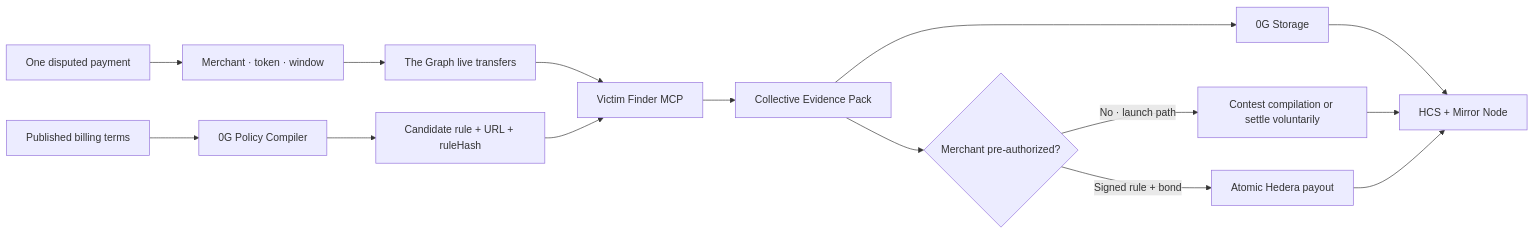
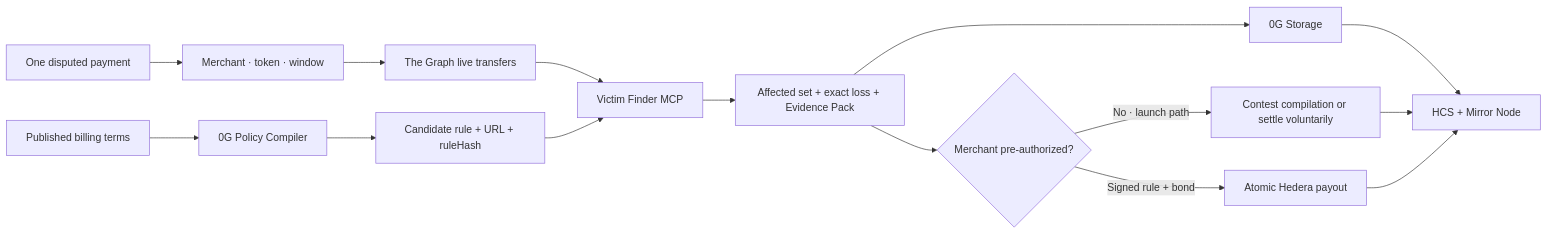
The first of 2 diagrams in BLUEPRINT.md (jstmepedr0/ETH-Global-2026), drawn with Mermaid before and after one commit. The commit also changed other lines of this file and 3 other files, not shown here.

````diff
--- a/BLUEPRINT.md
+++ b/BLUEPRINT.md
@@ -313,17 +321,17 @@
 ```mermaid
 flowchart LR
     TX["One disputed payment"] --> SCOPE["Merchant · token · window"]
     TERMS["Published billing terms"] --> PC["0G Policy Compiler"]
     SCOPE --> GRAPH["The Graph live transfers"]
     PC --> RULE["Candidate rule + URL + ruleHash"]
     GRAPH --> FIND["Victim Finder MCP"]
     RULE --> FIND
-    FIND --> E["Collective Evidence Pack"]
+    FIND --> E["Affected set + exact loss + Evidence Pack"]
     E --> ST["0G Storage"]
     ST --> H["HCS + Mirror Node"]
     E --> Q{"Merchant pre-authorized?"}
     Q -->|"No · launch path"| D["Contest compilation or settle voluntarily"]
     Q -->|"Signed rule + bond"| P["Atomic Hedera payout"]
     D --> H
     P --> H
 ```
````
